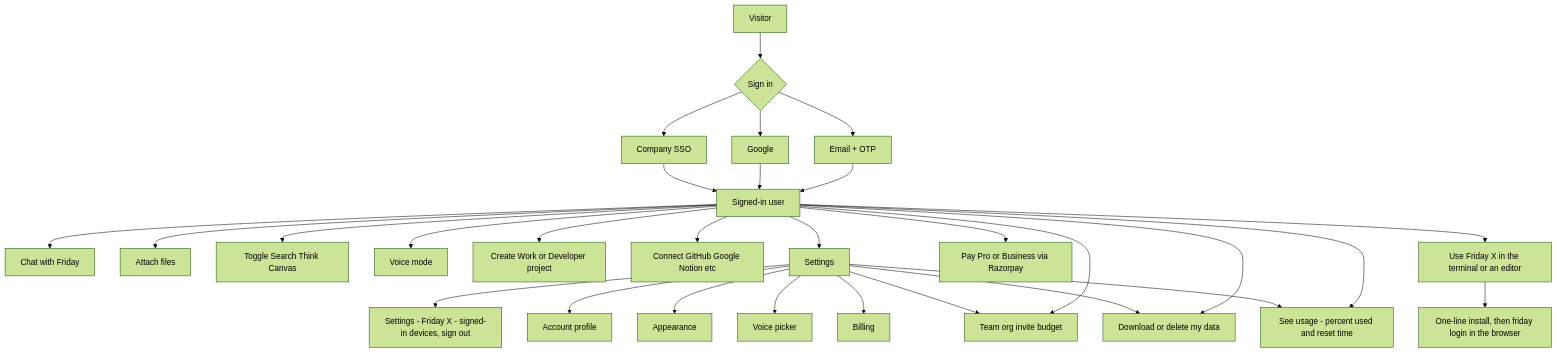
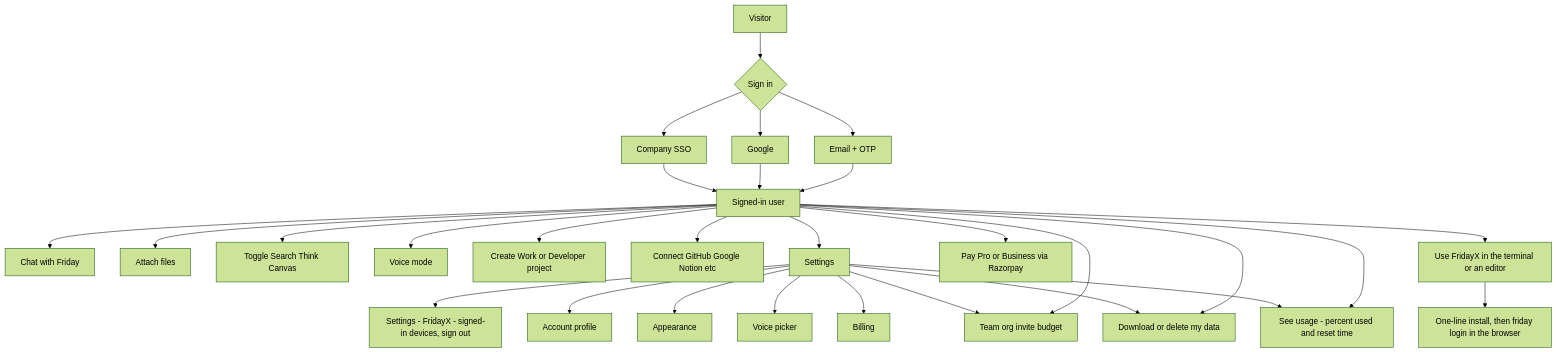
One commit to billionairestechnologies/Friday-ai changed the diagram in docs/diagrams/overview/03-what-users-can-do.mmd. Above: the diagram before and after it, drawn with Mermaid (forest theme). The commit also changed 418 other files, not shown here.

First line of the commit message:
FridayX 0.1.1: keep the sign-in on a stray 401, Friday logo, FridayX name, nicer installer + approval page

```diff
--- a/docs/diagrams/overview/03-what-users-can-do.mmd
+++ b/docs/diagrams/overview/03-what-users-can-do.mmd
@@ -1,31 +1,31 @@
 flowchart TB
   Guest[Visitor] --> SignIn{Sign in}
   SignIn --> Email[Email + OTP]
   SignIn --> Google[Google]
   SignIn --> SSO[Company SSO]
   Email --> User[Signed-in user]
   Google --> User
   SSO --> User
 
   User --> Chat[Chat with Friday]
   User --> Files[Attach files]
   User --> Tools[Toggle Search Think Canvas]
   User --> Voice[Voice mode]
   User --> Projects[Create Work or Developer project]
   User --> Plugins[Connect GitHub Google Notion etc]
   User --> Settings[Settings]
   User --> Team[Team org invite budget]
   User --> Pay[Pay Pro or Business via Razorpay]
   User --> Data[Download or delete my data]
   User --> Usage[See usage - percent used and reset time]
-  User --> FX[Use Friday X in the terminal or an editor]
+  User --> FX[Use FridayX in the terminal or an editor]
   FX --> Install[One-line install, then friday login in the browser]
-  Settings --> Devices[Settings - Friday X - signed-in devices, sign out]
+  Settings --> Devices[Settings - FridayX - signed-in devices, sign out]
 
   Settings --> Account[Account profile]
   Settings --> Appearance[Appearance]
   Settings --> VoiceSet[Voice picker]
   Settings --> Billing[Billing]
   Settings --> Data
   Settings --> Team
   Settings --> Usage
```
